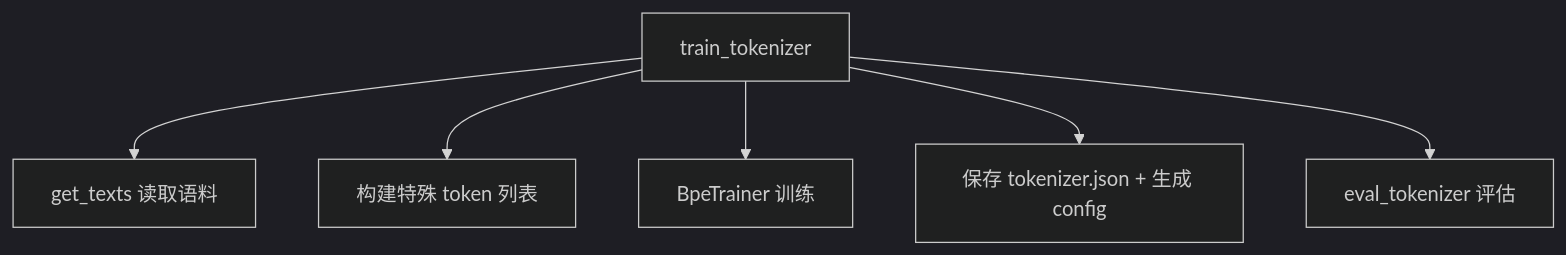
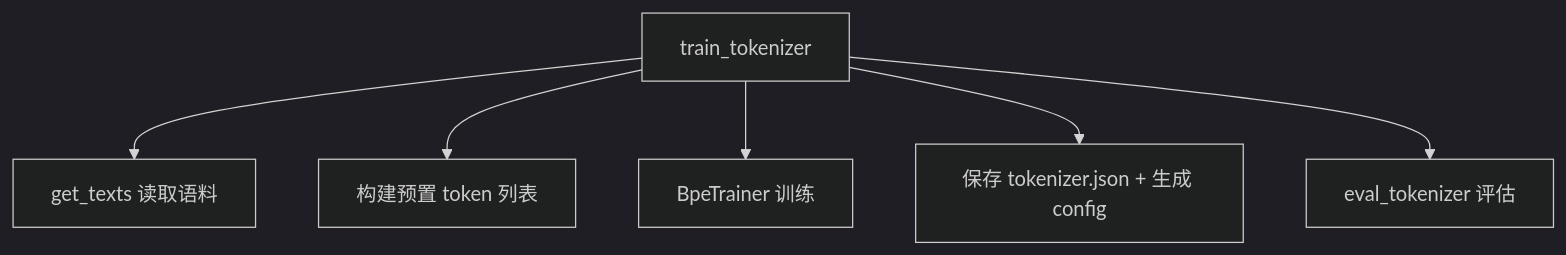
One commit to Hong-gblbcy/minimind changed the diagram in trainer/train_tokenizer.md. Above: the diagram before and after it, drawn with Mermaid (dark theme). The commit also changed other lines of this file, not shown here.

````diff
--- a/trainer/train_tokenizer.md
+++ b/trainer/train_tokenizer.md
@@ -34,8 +34,8 @@
 ```mermaid
 flowchart TD
     A[train_tokenizer] --> B[get_texts 读取语料]
-    A --> C[构建特殊 token 列表]
+    A --> C[构建预置 token 列表]
     A --> D[BpeTrainer 训练]
     A --> E[保存 tokenizer.json + 生成 config]
     A --> F[eval_tokenizer 评估]
 ```
````
